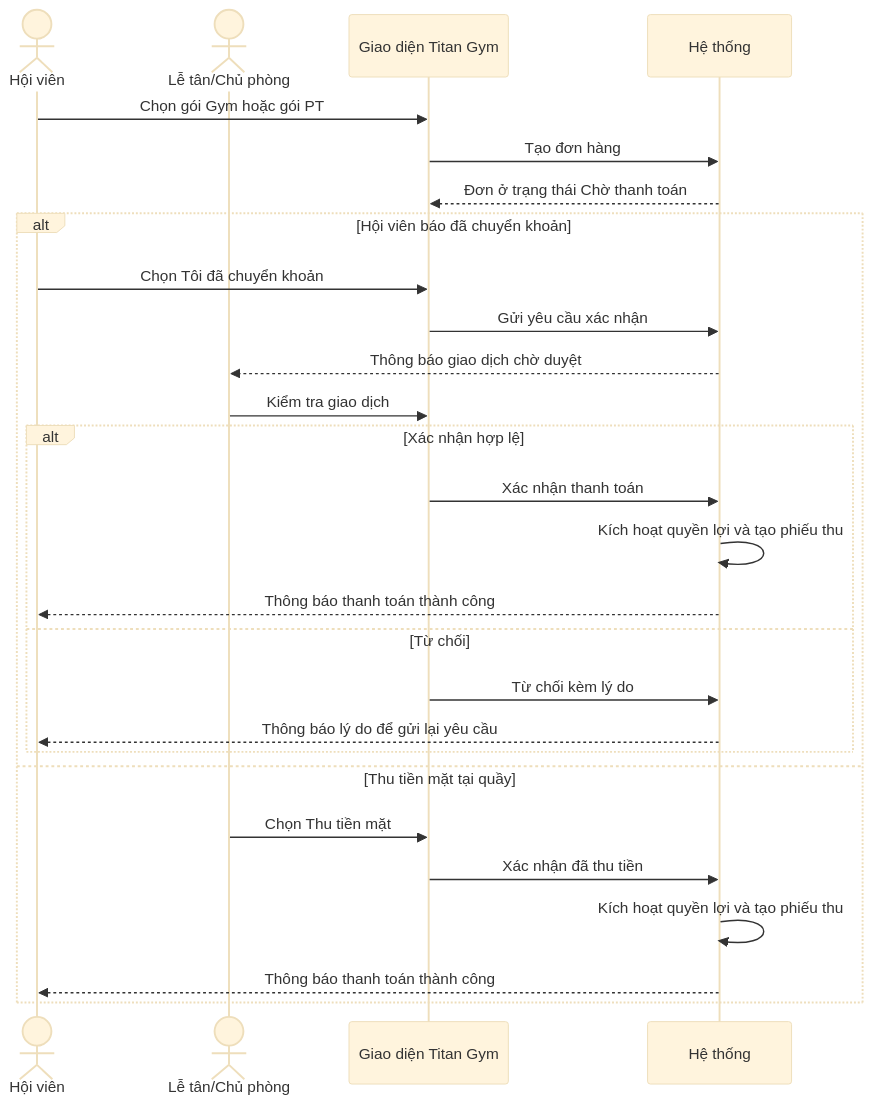
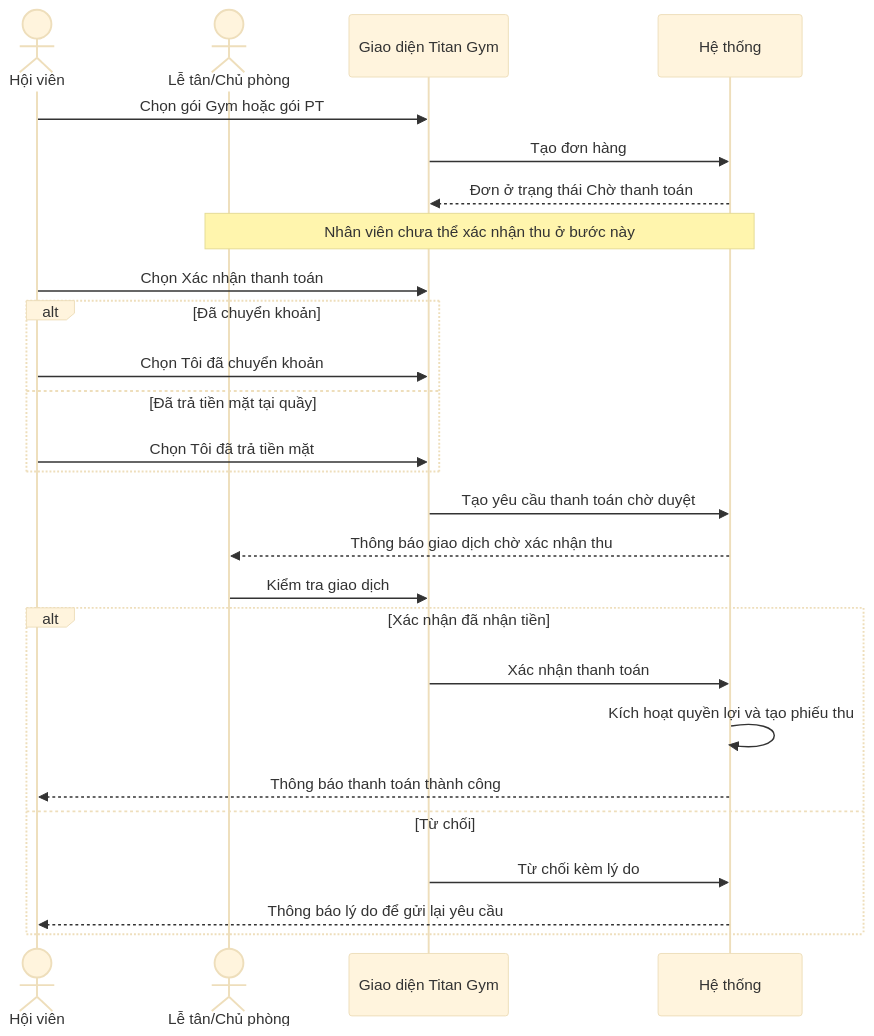
Before and after one commit to vhoanglong54/CNPM_GYM: the second of 5 diagrams in docs/06-UML-Diagrams/Sequences.md, drawn with Mermaid (base theme). The commit also changed other lines of this file and 10 other files, not shown here.

````diff
--- a/docs/06-UML-Diagrams/Sequences.md
+++ b/docs/06-UML-Diagrams/Sequences.md
@@ -33,31 +33,30 @@
 ```mermaid
 sequenceDiagram
   actor M as Hội viên
   actor S as Lễ tân/Chủ phòng
   participant UI as Giao diện Titan Gym
   participant SYS as Hệ thống
 
   M->>UI: Chọn gói Gym hoặc gói PT
   UI->>SYS: Tạo đơn hàng
   SYS-->>UI: Đơn ở trạng thái Chờ thanh toán
 
-  alt Hội viên báo đã chuyển khoản
+  Note over S,SYS: Nhân viên chưa thể xác nhận thu ở bước này
+  M->>UI: Chọn Xác nhận thanh toán
+  alt Đã chuyển khoản
     M->>UI: Chọn Tôi đã chuyển khoản
-    UI->>SYS: Gửi yêu cầu xác nhận
-    SYS-->>S: Thông báo giao dịch chờ duyệt
-    S->>UI: Kiểm tra giao dịch
-    alt Xác nhận hợp lệ
-      UI->>SYS: Xác nhận thanh toán
-      SYS->>SYS: Kích hoạt quyền lợi và tạo phiếu thu
-      SYS-->>M: Thông báo thanh toán thành công
-    else Từ chối
-      UI->>SYS: Từ chối kèm lý do
-      SYS-->>M: Thông báo lý do để gửi lại yêu cầu
-    end
-  else Thu tiền mặt tại quầy
-    S->>UI: Chọn Thu tiền mặt
-    UI->>SYS: Xác nhận đã thu tiền
+  else Đã trả tiền mặt tại quầy
+    M->>UI: Chọn Tôi đã trả tiền mặt
+  end
+  UI->>SYS: Tạo yêu cầu thanh toán chờ duyệt
+  SYS-->>S: Thông báo giao dịch chờ xác nhận thu
+  S->>UI: Kiểm tra giao dịch
+  alt Xác nhận đã nhận tiền
+    UI->>SYS: Xác nhận thanh toán
     SYS->>SYS: Kích hoạt quyền lợi và tạo phiếu thu
     SYS-->>M: Thông báo thanh toán thành công
+  else Từ chối
+    UI->>SYS: Từ chối kèm lý do
+    SYS-->>M: Thông báo lý do để gửi lại yêu cầu
   end
 ```
````
